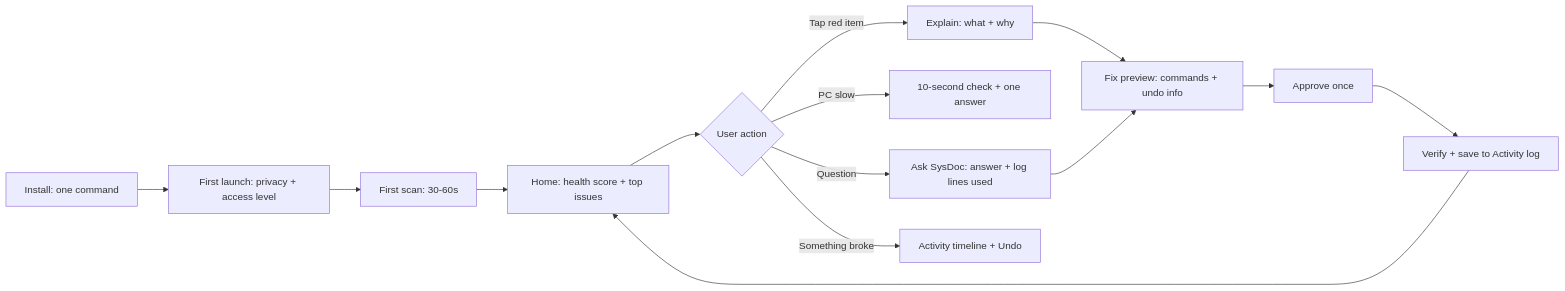
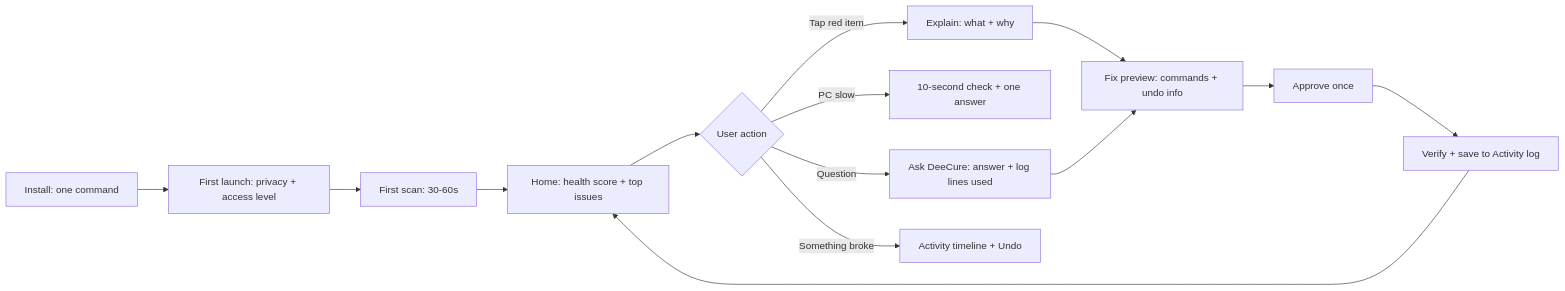
Before and after one commit to krisskad0/DeeCure: the diagram in docs/01-product/user-journey.md, drawn with Mermaid. The commit also changed other lines of this file and 64 other files, not shown here.

First line of the commit message:
docs: rename app from SysDoc to DeeCure

````diff
--- a/docs/01-product/user-journey.md
+++ b/docs/01-product/user-journey.md
@@ -117,16 +117,16 @@
 ```mermaid
 flowchart LR
   A[Install: one command] --> B[First launch: privacy + access level]
   B --> C[First scan: 30-60s]
   C --> D[Home: health score + top issues]
   D --> E{User action}
   E -->|Tap red item| F[Explain: what + why]
   F --> G[Fix preview: commands + undo info]
   G --> H[Approve once]
   H --> I[Verify + save to Activity log]
   E -->|PC slow| J[10-second check + one answer]
-  E -->|Question| K[Ask SysDoc: answer + log lines used]
+  E -->|Question| K[Ask DeeCure: answer + log lines used]
   K --> G
   E -->|Something broke| L[Activity timeline + Undo]
   I --> D
 ```
````
